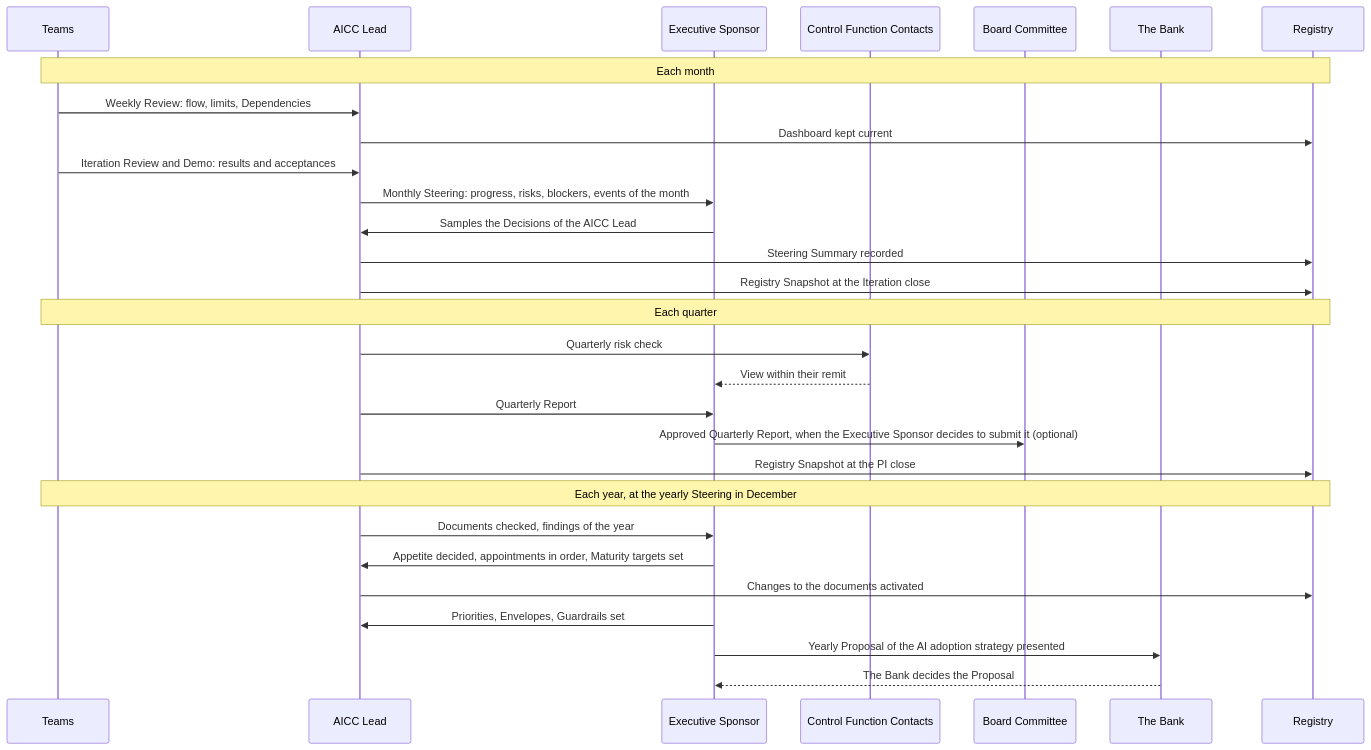
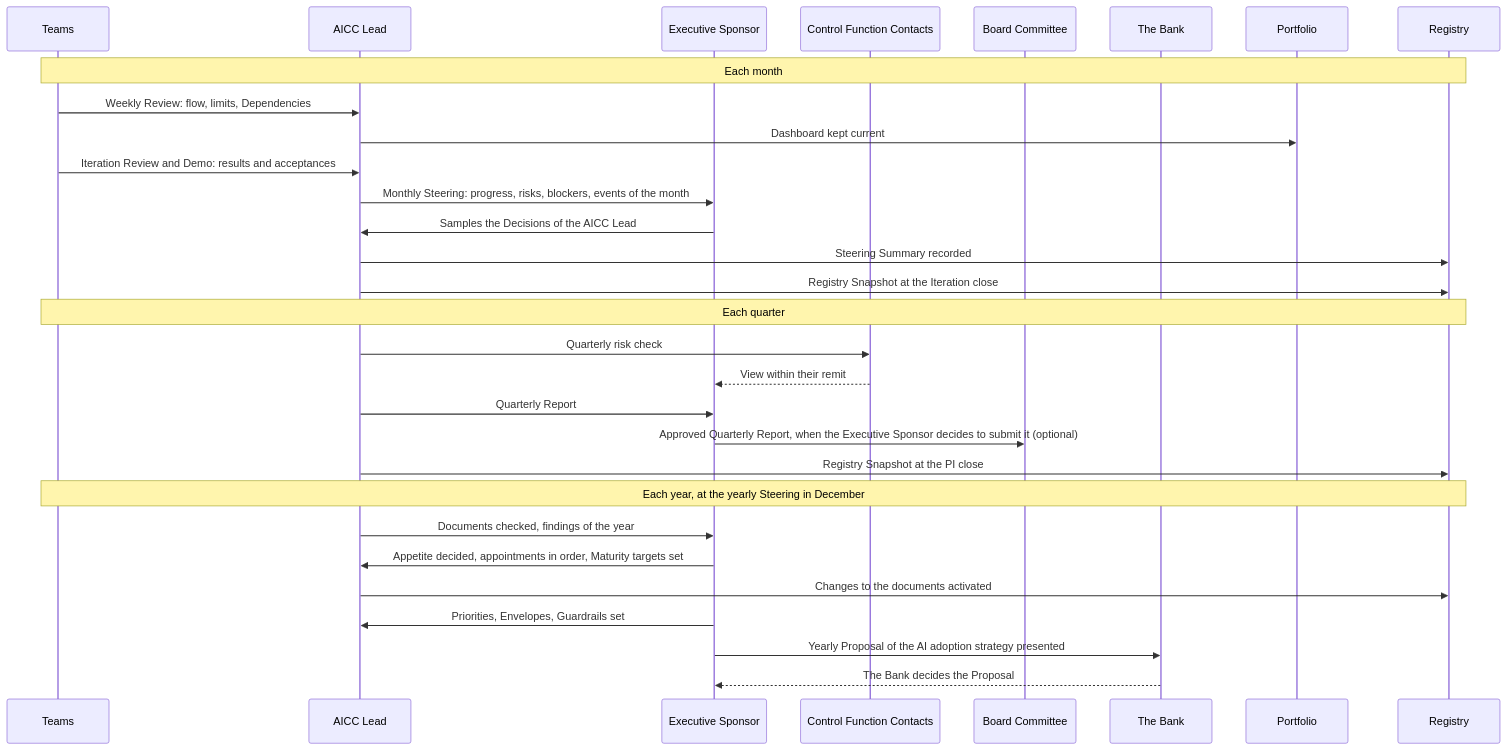
One commit to devhogu/ob-aicc changed the third of 6 diagrams in charter/en/workflows/unit-governance.md. Above: the diagram before and after it, drawn with Mermaid. The commit also changed other lines of this file and 365 other files, not shown here.

````diff
--- a/charter/en/workflows/unit-governance.md
+++ b/charter/en/workflows/unit-governance.md
@@ -78,31 +78,32 @@
 ```mermaid
 sequenceDiagram
   participant T as Teams
   participant L as AICC Lead
   participant ES as Executive Sponsor
   participant CF as Control Function Contacts
   participant BC as Board Committee
   participant BK as The Bank
+  participant P as Portfolio
   participant R as Registry
   Note over T,R: Each month
   T->>L: Weekly Review: flow, limits, Dependencies
-  L->>R: Dashboard kept current
+  L->>P: Dashboard kept current
   T->>L: Iteration Review and Demo: results and acceptances
   L->>ES: Monthly Steering: progress, risks, blockers, events of the month
   ES->>L: Samples the Decisions of the AICC Lead
   L->>R: Steering Summary recorded
   L->>R: Registry Snapshot at the Iteration close
   Note over T,R: Each quarter
   L->>CF: Quarterly risk check
   CF-->>ES: View within their remit
   L->>ES: Quarterly Report
   ES->>BC: Approved Quarterly Report, when the Executive Sponsor decides to submit it (optional)
   L->>R: Registry Snapshot at the PI close
   Note over T,R: Each year, at the yearly Steering in December
   L->>ES: Documents checked, findings of the year
   ES->>L: Appetite decided, appointments in order, Maturity targets set
   L->>R: Changes to the documents activated
   ES->>L: Priorities, Envelopes, Guardrails set
   ES->>BK: Yearly Proposal of the AI adoption strategy presented
   BK-->>ES: The Bank decides the Proposal
 ```
````
